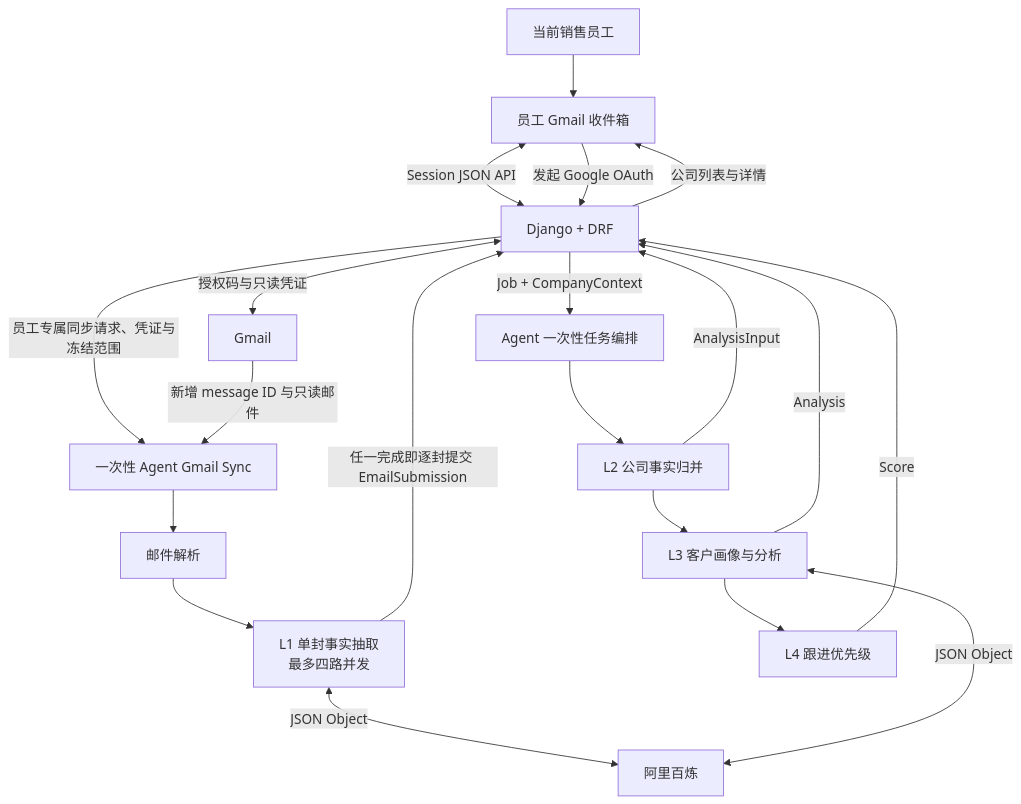
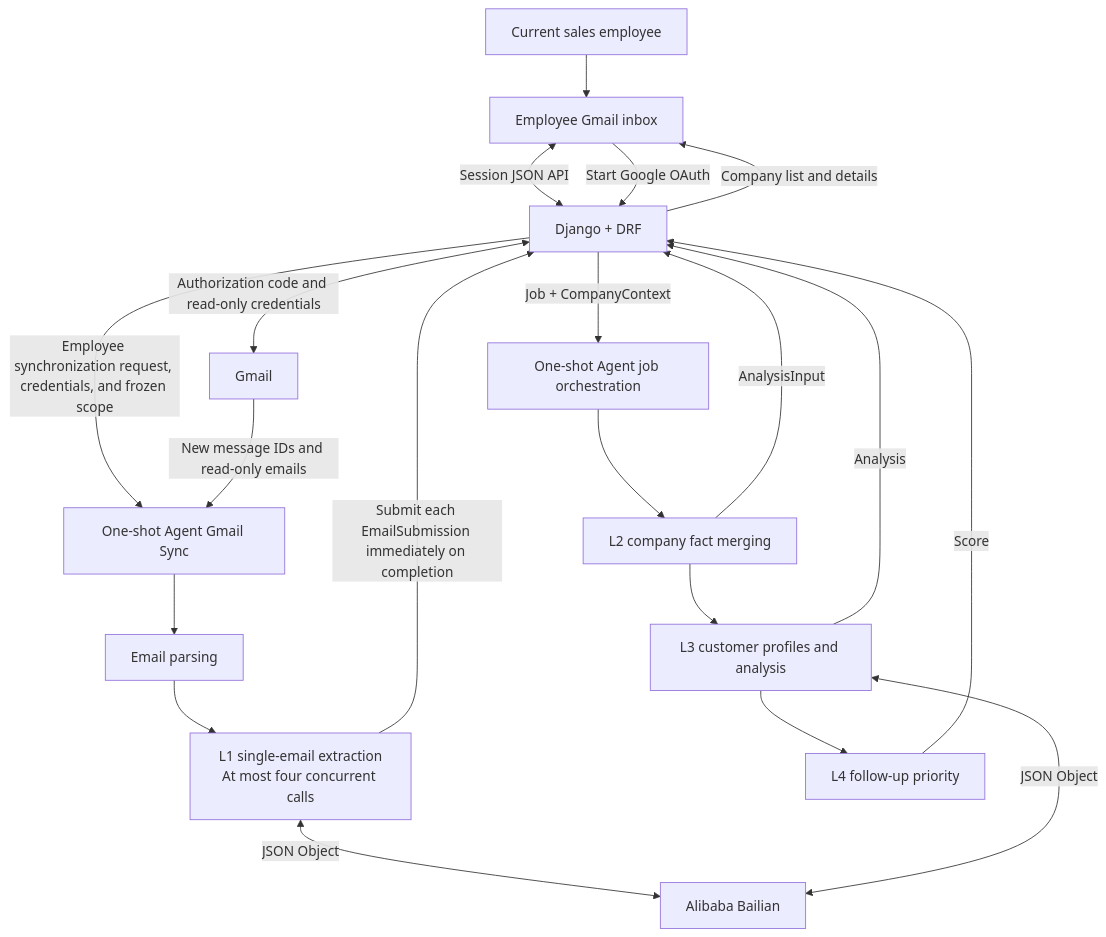
The diagram in backend/README.md (heropig114514/SalesMate), drawn with Mermaid before and after one commit. The commit also changed other lines of this file and 475 other files, not shown here.

First line of the commit message:
chore: integrate local graph work and English development documentation

````diff
--- a/backend/README.md
+++ b/backend/README.md
@@ -43,23 +48,23 @@
 ```mermaid
 flowchart TB
-    USER[当前销售员工] --> WEB[员工 Gmail 收件箱]
+    USER[Current sales employee] --> WEB[Employee Gmail inbox]
     WEB <-->|Session JSON API| DJANGO[Django + DRF]
-    WEB -->|发起 Google OAuth| DJANGO
-    DJANGO <-->|授权码与只读凭证| GMAIL[Gmail]
-    DJANGO -->|员工专属同步请求、凭证与冻结范围| SYNC[一次性 Agent Gmail Sync]
-    GMAIL -->|新增 message ID 与只读邮件| SYNC
-    SYNC --> PARSE[邮件解析]
-    PARSE --> L1[L1 单封事实抽取<br/>最多四路并发]
-    L1 <-->|JSON Object| BAILIAN[阿里百炼]
-    L1 -->|任一完成即逐封提交 EmailSubmission| DJANGO
+    WEB -->|Start Google OAuth| DJANGO
+    DJANGO <-->|Authorization code and read-only credentials| GMAIL[Gmail]
+    DJANGO -->|Employee synchronization request, credentials, and frozen scope| SYNC[One-shot Agent Gmail Sync]
+    GMAIL -->|New message IDs and read-only emails| SYNC
+    SYNC --> PARSE[Email parsing]
+    PARSE --> L1[L1 single-email extraction<br/>At most four concurrent calls]
+    L1 <-->|JSON Object| BAILIAN[Alibaba Bailian]
+    L1 -->|Submit each EmailSubmission immediately on completion| DJANGO
 
-    DJANGO -->|Job + CompanyContext| ORCH[Agent 一次性任务编排]
-    ORCH --> L2[L2 公司事实归并]
-    L2 --> L3[L3 客户画像与分析]
+    DJANGO -->|Job + CompanyContext| ORCH[One-shot Agent job orchestration]
+    ORCH --> L2[L2 company fact merging]
+    L2 --> L3[L3 customer profiles and analysis]
     L3 <-->|JSON Object| BAILIAN
-    L3 --> L4[L4 跟进优先级]
+    L3 --> L4[L4 follow-up priority]
     L2 -->|AnalysisInput| DJANGO
     L3 -->|Analysis| DJANGO
     L4 -->|Score| DJANGO
-    DJANGO -->|公司列表与详情| WEB
+    DJANGO -->|Company list and details| WEB
 ```
````
